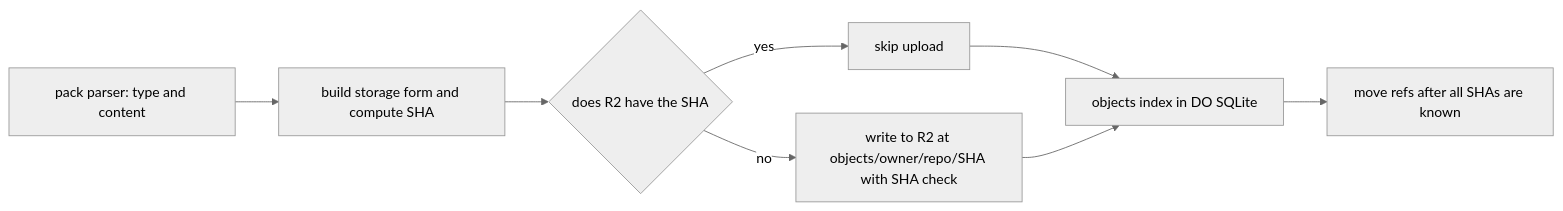
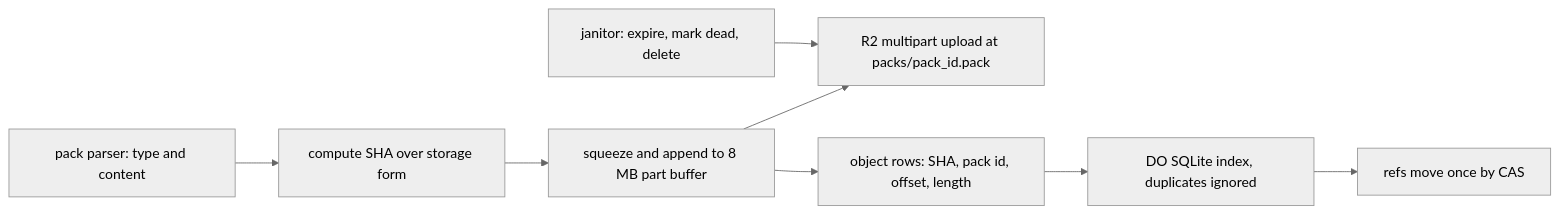
One commit to idl3/git-edge changed the diagram in plain/content-addressed-r2-keys.md. Above: the diagram before and after it, drawn with Mermaid (neutral theme). The commit also changed other lines of this file and 47 other files, not shown here.

````diff
--- a/plain/content-addressed-r2-keys.md
+++ b/plain/content-addressed-r2-keys.md
@@ -35,10 +45,10 @@
 ```mermaid
 flowchart LR
-    Parser["pack parser: type and content"] --> Hash["build storage form and compute SHA"]
-    Hash --> Head{"does R2 have the SHA"}
-    Head -->|yes| Skip["skip upload"]
-    Head -->|no| Put["write to R2 at objects/owner/repo/SHA with SHA check"]
-    Skip --> Index["objects index in DO SQLite"]
-    Put --> Index
-    Index --> Refs["move refs after all SHAs are known"]
+    Parser["pack parser: type and content"] --> Hash["compute SHA over storage form"]
+    Hash --> Writer["squeeze and append to 8 MB part buffer"]
+    Writer --> R2["R2 multipart upload at packs/pack_id.pack"]
+    Writer --> Rows["object rows: SHA, pack id, offset, length"]
+    Rows --> Index["DO SQLite index, duplicates ignored"]
+    Index --> Refs["refs move once by CAS"]
+    Janitor["janitor: expire, mark dead, delete"] --> R2
 ```
````
